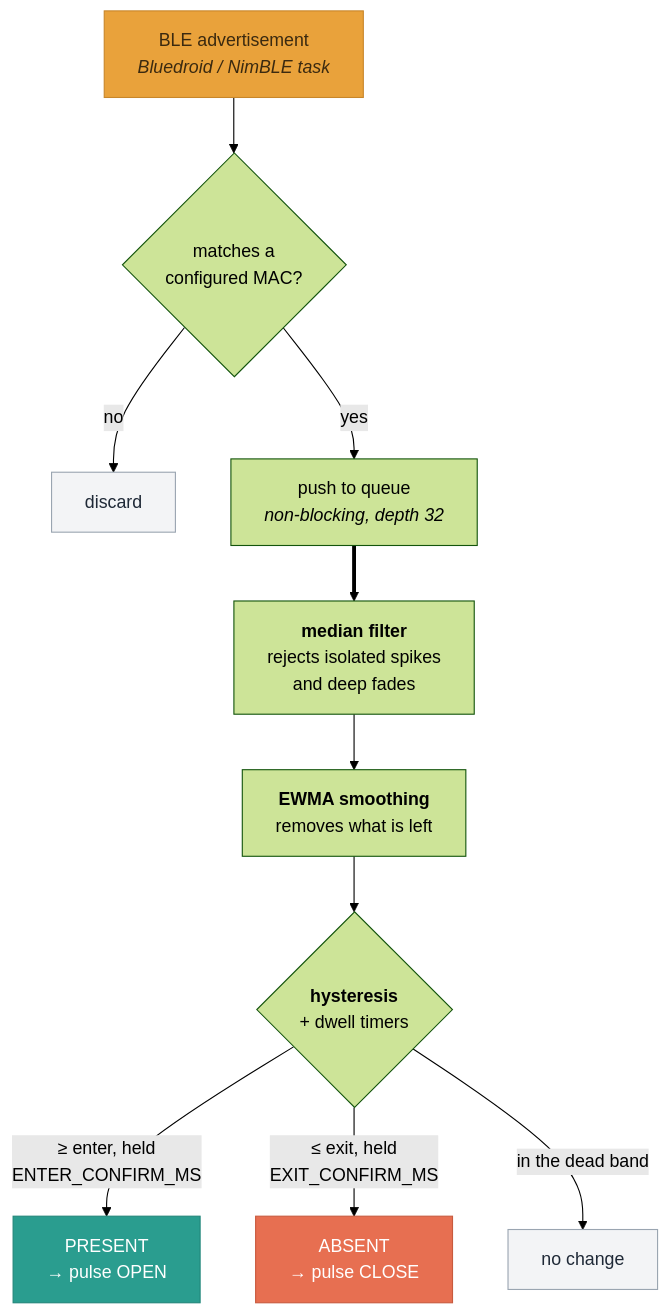
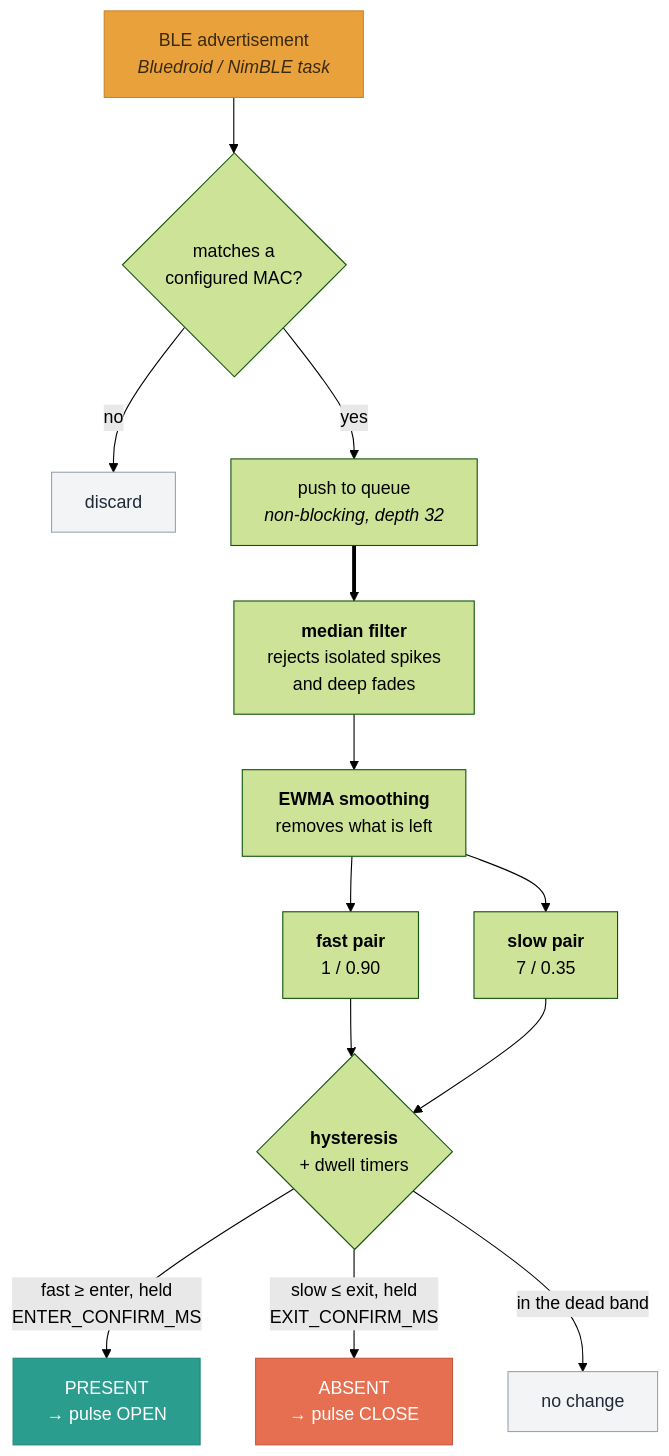
One commit to jchirayath/PetDoor changed the first of 2 diagrams in docs/ARCHITECTURE.md. Above: the diagram before and after it, drawn with Mermaid (forest theme). The commit also changed other lines of this file and 13 other files, not shown here.

````diff
--- a/docs/ARCHITECTURE.md
+++ b/docs/ARCHITECTURE.md
@@ -21,18 +21,21 @@
 ```mermaid
 flowchart TD
     A["BLE advertisement<br/><i>Bluedroid / NimBLE task</i>"] --> B{"matches a<br/>configured MAC?"}
     B -- no --> X["discard"]
     B -- yes --> C["push to queue<br/><i>non-blocking, depth 32</i>"]
     C ==> D["<b>median filter</b><br/>rejects isolated spikes<br/>and deep fades"]
     D --> E["<b>EWMA smoothing</b><br/>removes what is left"]
-    E --> F{"<b>hysteresis</b><br/>+ dwell timers"}
-    F -- "≥ enter, held<br/>ENTER_CONFIRM_MS" --> G["PRESENT<br/>→ pulse OPEN"]
-    F -- "≤ exit, held<br/>EXIT_CONFIRM_MS" --> H["ABSENT<br/>→ pulse CLOSE"]
+    E --> Efast["<b>fast pair</b><br/>1 / 0.90"]
+    E --> Eslow["<b>slow pair</b><br/>7 / 0.35"]
+    Efast --> F{"<b>hysteresis</b><br/>+ dwell timers"}
+    Eslow --> F
+    F -- "fast ≥ enter, held<br/>ENTER_CONFIRM_MS" --> G["PRESENT<br/>→ pulse OPEN"]
+    F -- "slow ≤ exit, held<br/>EXIT_CONFIRM_MS" --> H["ABSENT<br/>→ pulse CLOSE"]
     F -- "in the dead band" --> I["no change"]
 
     style A fill:#E9A23B,stroke:#C8862A,color:#3b2a10
     style G fill:#2A9D8F,stroke:#21867A,color:#ffffff
     style H fill:#E76F51,stroke:#C85A3E,color:#ffffff
     style X fill:#f3f4f6,stroke:#9AA5B1,color:#1f2937
     style I fill:#f3f4f6,stroke:#9AA5B1,color:#1f2937
 ```
````
